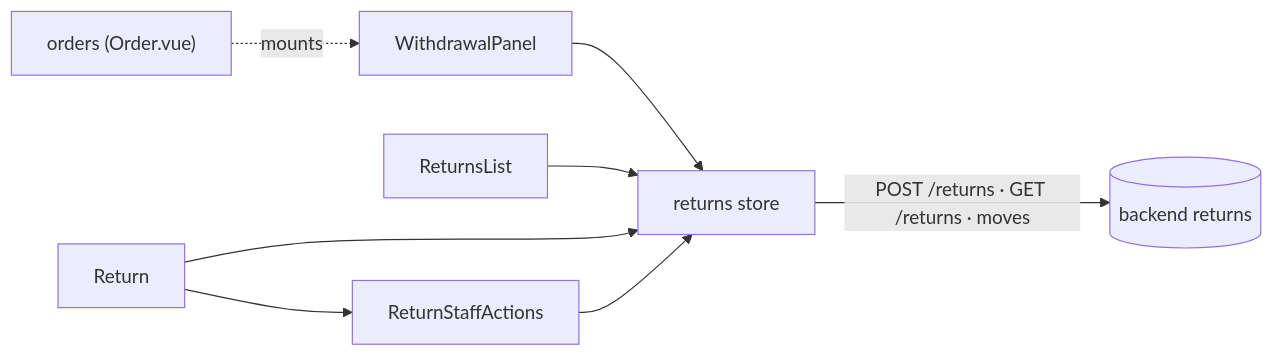
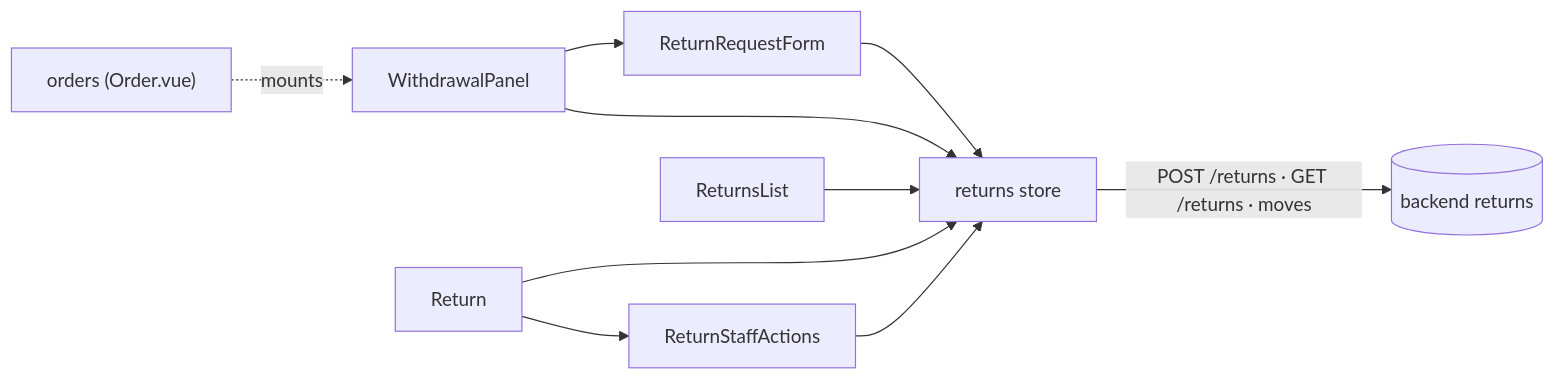
The first of 2 diagrams in docs/modules/returns.md (Guebbit/boilerplate-vue-frontend), drawn with Mermaid before and after one commit. The commit also changed other lines of this file and 9 other files, not shown here.

````diff
--- a/docs/modules/returns.md
+++ b/docs/modules/returns.md
@@ -29,10 +29,12 @@
 ```mermaid
 flowchart LR
     orders["orders (Order.vue)"] -.->|mounts| panel["WithdrawalPanel"]
-    panel --> store["returns store"]
+    panel --> form["ReturnRequestForm"]
+    form --> store["returns store"]
+    panel --> store
     list["ReturnsList"] --> store
     detail["Return"] --> store
     detail --> staff["ReturnStaffActions"]
     staff --> store
     store -->|"POST /returns · GET /returns · moves"| api[("backend returns")]
 ```
````
